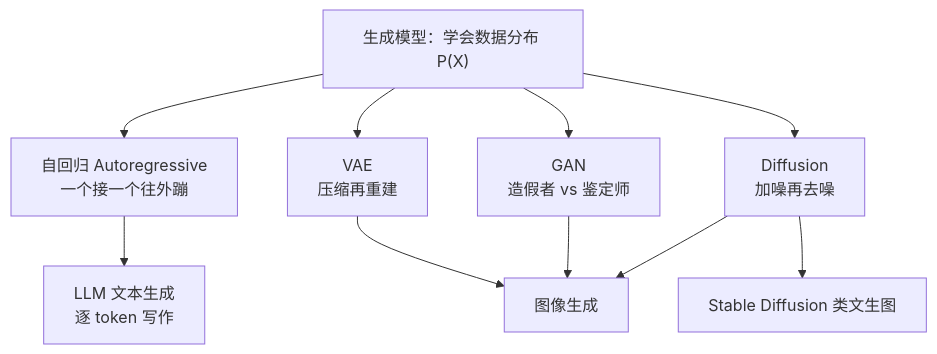
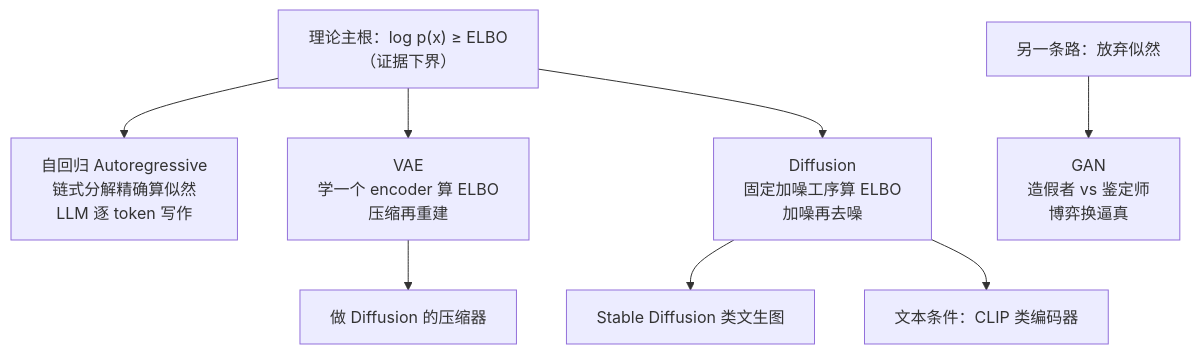
One commit to lizhengzhong20-sketch/model_learning changed the second of 2 diagrams in docs/5-前沿与融合/12-生成模型与多模态/README.md. Above: the diagram before and after it, drawn with Mermaid. The commit also changed other lines of this file and 67 other files, not shown here.

````diff
--- a/docs/5-前沿与融合/12-生成模型与多模态/README.md
+++ b/docs/5-前沿与融合/12-生成模型与多模态/README.md
@@ -30,12 +30,11 @@
 ```mermaid
 graph TD
-    ROOT["生成模型：学会数据分布 P(X)"] --> AR["自回归 Autoregressive<br/>一个接一个往外蹦"]
-    ROOT --> VAE["VAE<br/>压缩再重建"]
-    ROOT --> GAN["GAN<br/>造假者 vs 鉴定师"]
-    ROOT --> DIFF["Diffusion<br/>加噪再去噪"]
-    AR --> LLM["LLM 文本生成<br/>逐 token 写作"]
-    VAE --> IMG["图像生成"]
-    GAN --> IMG
-    DIFF --> IMG
+    ELBO["理论主根：log p(x) ≥ ELBO（证据下界）"]
+    ELBO --> AR["自回归 Autoregressive<br/>链式分解精确算似然<br/>LLM 逐 token 写作"]
+    ELBO --> VAE["VAE<br/>学一个 encoder 算 ELBO<br/>压缩再重建"]
+    ELBO --> DIFF["Diffusion<br/>固定加噪工序算 ELBO<br/>加噪再去噪"]
+    LOSS["另一条路：放弃似然"] --> GAN["GAN<br/>造假者 vs 鉴定师<br/>博弈换逼真"]
+    VAE --> SD2["做 Diffusion 的压缩器"]
     DIFF --> SD["Stable Diffusion 类文生图"]
+    DIFF --> CLIPX["文本条件：CLIP 类编码器"]
 ```
````
